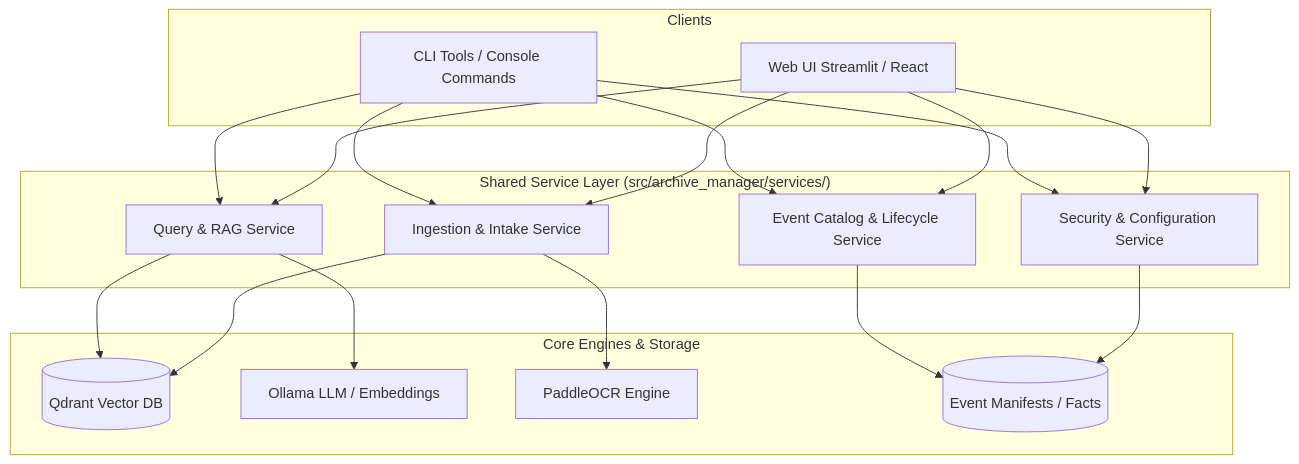
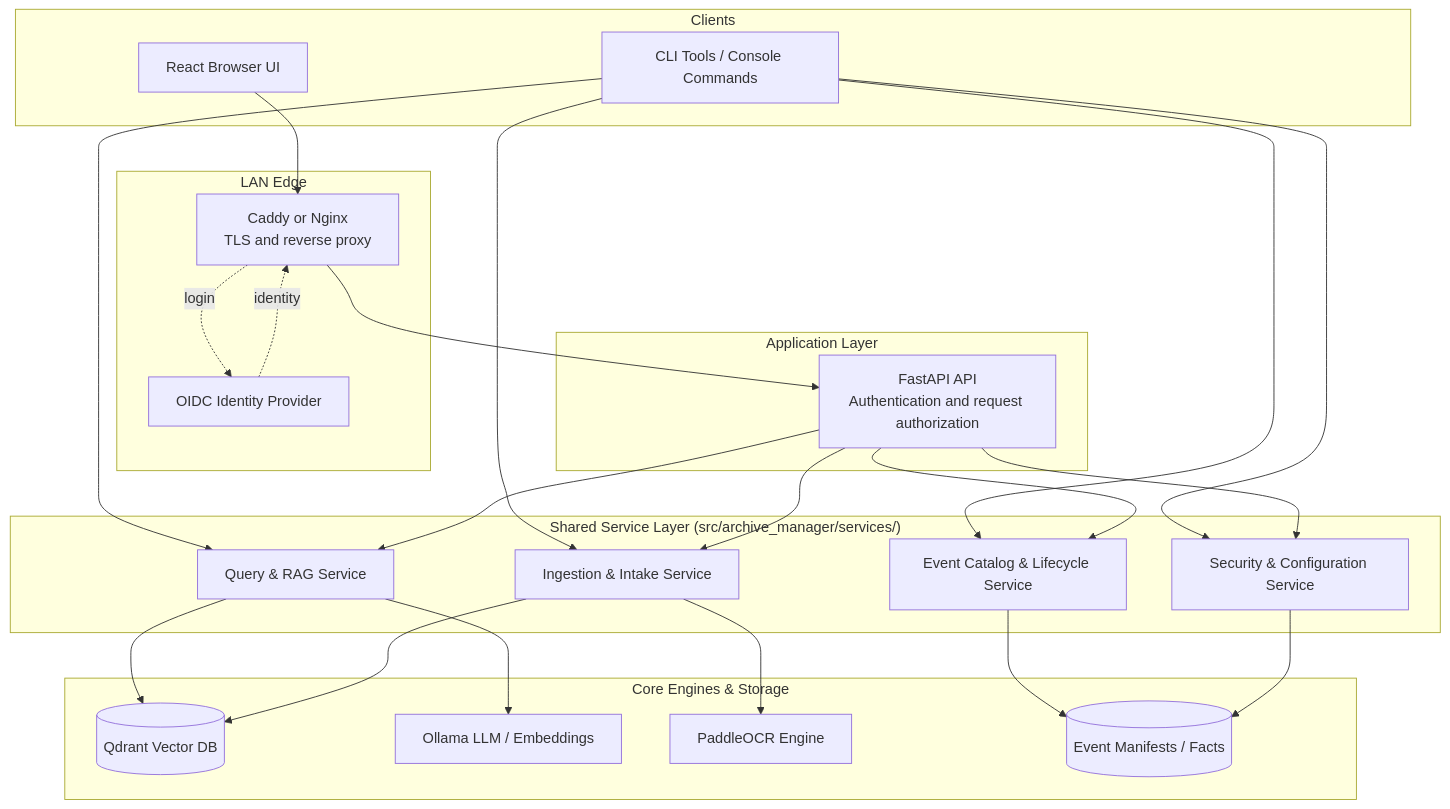
One commit to clifrunsalot/archive_manager changed the first of 3 diagrams in UI_DESIGN.md. Above: the diagram before and after it, drawn with Mermaid. The commit also changed other lines of this file and 35 other files, not shown here.

````diff
--- a/UI_DESIGN.md
+++ b/UI_DESIGN.md
@@ -20,38 +20,51 @@
 ```mermaid
 graph TD
     subgraph Clients
         CLI[CLI Tools / Console Commands]
-        WEB[Web UI Streamlit / React]
+        WEB[React Browser UI]
+    end
+
+    subgraph "LAN Edge"
+        PROXY[Caddy or Nginx\nTLS and reverse proxy]
+        IDP[OIDC Identity Provider]
+    end
+
+    subgraph "Application Layer"
+        API[FastAPI API\nAuthentication and request authorization]
+        WEB --> PROXY
+        PROXY --> API
+        PROXY -. login .-> IDP
+        IDP -. identity .-> PROXY
     end
 
     subgraph "Shared Service Layer (src/archive_manager/services/)"
         QuerySvc[Query & RAG Service]
         IngestSvc[Ingestion & Intake Service]
         CatalogSvc[Event Catalog & Lifecycle Service]
         SecuritySvc[Security & Configuration Service]
     end
 
     subgraph "Core Engines & Storage"
         Qdrant[(Qdrant Vector DB)]
         Ollama[Ollama LLM / Embeddings]
         PaddleOCR[PaddleOCR Engine]
         Manifests[(Event Manifests / Facts)]
     end
 
     CLI --> QuerySvc
     CLI --> IngestSvc
     CLI --> CatalogSvc
     CLI --> SecuritySvc
 
-    WEB --> QuerySvc
-    WEB --> IngestSvc
-    WEB --> CatalogSvc
-    WEB --> SecuritySvc
+    API --> QuerySvc
+    API --> IngestSvc
+    API --> CatalogSvc
+    API --> SecuritySvc
 
     QuerySvc --> Qdrant
     QuerySvc --> Ollama
     IngestSvc --> PaddleOCR
     IngestSvc --> Qdrant
     CatalogSvc --> Manifests
     SecuritySvc --> Manifests
 ```
````
